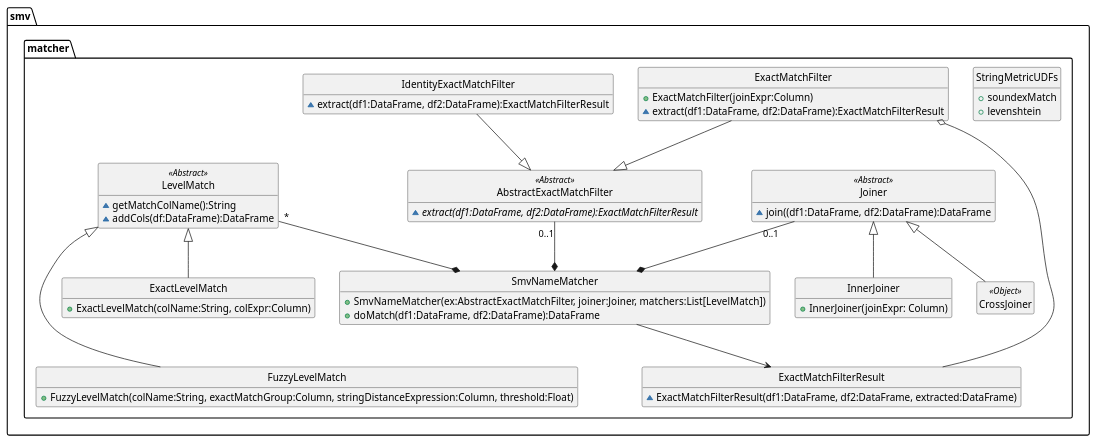
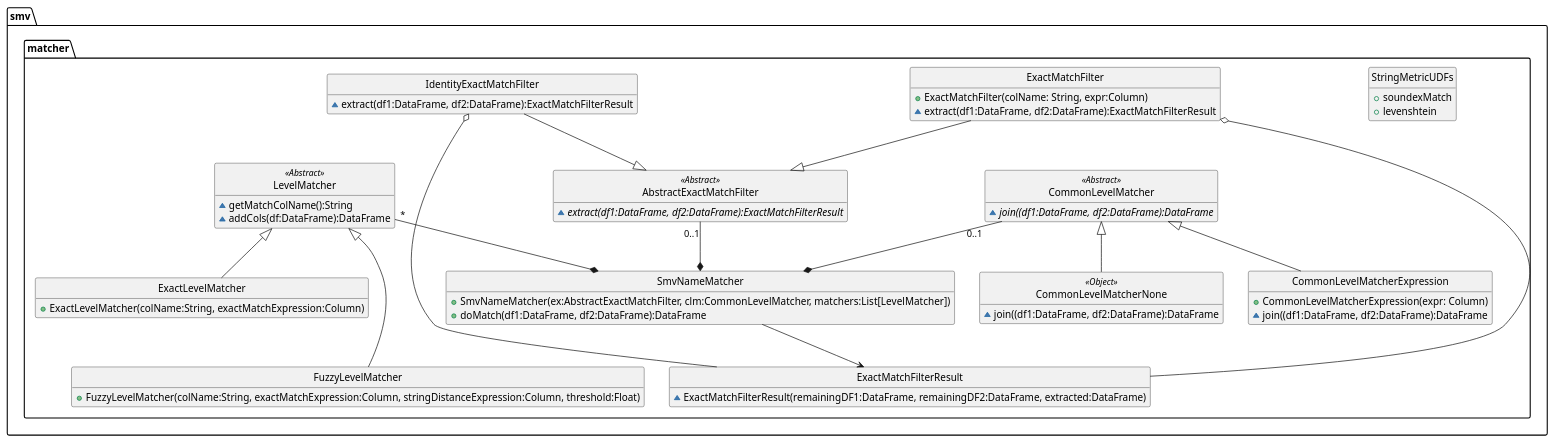
One commit to TresAmigosSD/SMV changed the diagram in docs/design/SmvNameMatcher/SmvNameMatcher.puml. Above: the diagram before and after it, drawn with PlantUML. The commit also changed 3 other files, not shown here.

```diff
--- a/docs/design/SmvNameMatcher/SmvNameMatcher.puml
+++ b/docs/design/SmvNameMatcher/SmvNameMatcher.puml
@@ -1,75 +1,78 @@
 @startuml
 hide empty methods
 hide empty fields
 hide circle
 
 package smv.matcher {
     class StringMetricUDFs {
         +soundexMatch
         +levenshtein
     }
 
     class SmvNameMatcher{
-        +SmvNameMatcher(ex:AbstractExactMatchFilter, joiner:Joiner, matchers:List[LevelMatch])
+        +SmvNameMatcher(ex:AbstractExactMatchFilter, clm:CommonLevelMatcher, matchers:List[LevelMatcher])
         +doMatch(df1:DataFrame, df2:DataFrame):DataFrame
     }
 
     class ExactMatchFilterResult {
-        ~ExactMatchFilterResult(df1:DataFrame, df2:DataFrame, extracted:DataFrame)
+        ~ExactMatchFilterResult(remainingDF1:DataFrame, remainingDF2:DataFrame, extracted:DataFrame)
     }
 
     class AbstractExactMatchFilter <<Abstract>> {
         ~ {abstract} extract(df1:DataFrame, df2:DataFrame):ExactMatchFilterResult
     }
 
     class ExactMatchFilter{
-        +ExactMatchFilter(joinExpr:Column)
+        +ExactMatchFilter(colName: String, expr:Column)
         ~extract(df1:DataFrame, df2:DataFrame):ExactMatchFilterResult
     }
 
     class IdentityExactMatchFilter {
         ~extract(df1:DataFrame, df2:DataFrame):ExactMatchFilterResult
     }
 
-    class Joiner <<Abstract>> {
+    class CommonLevelMatcher <<Abstract>> {
+        ~ {abstract} join((df1:DataFrame, df2:DataFrame):DataFrame
+    }
+
+    class CommonLevelMatcherExpression {
+        +CommonLevelMatcherExpression(expr: Column)
         ~join((df1:DataFrame, df2:DataFrame):DataFrame
     }
 
-    class InnerJoiner{
-        +InnerJoiner(joinExpr: Column)
+    class CommonLevelMatcherNone <<Object>> {
+        ~join((df1:DataFrame, df2:DataFrame):DataFrame
     }
 
-    class CrossJoiner <<Object>> {
-    }
-
-    class LevelMatch <<Abstract>> {
+    class LevelMatcher <<Abstract>> {
         ~getMatchColName():String
         ~addCols(df:DataFrame):DataFrame
     }
 
-    class ExactLevelMatch {
-        +ExactLevelMatch(colName:String, colExpr:Column)
+    class ExactLevelMatcher {
+        +ExactLevelMatcher(colName:String, exactMatchExpression:Column)
     }
 
-    class FuzzyLevelMatch {
-        +FuzzyLevelMatch(colName:String, exactMatchGroup:Column, stringDistanceExpression:Column, threshold:Float)
+    class FuzzyLevelMatcher {
+        +FuzzyLevelMatcher(colName:String, exactMatchExpression:Column, stringDistanceExpression:Column, threshold:Float)
     }
 }
 
 AbstractExactMatchFilter "0..1" --* SmvNameMatcher
-Joiner "0..1" --* SmvNameMatcher
-LevelMatch "*" --* SmvNameMatcher
+CommonLevelMatcher "0..1" --* SmvNameMatcher
+LevelMatcher "*" --* SmvNameMatcher
 
-LevelMatch <|-- ExactLevelMatch
-LevelMatch <|--- FuzzyLevelMatch
+LevelMatcher <|-- ExactLevelMatcher
+LevelMatcher <|--- FuzzyLevelMatcher
 
-Joiner <|-- InnerJoiner
-Joiner <|-- CrossJoiner
+CommonLevelMatcher <|-- CommonLevelMatcherExpression
+CommonLevelMatcher <|-- CommonLevelMatcherNone
 
 IdentityExactMatchFilter --|> AbstractExactMatchFilter
 ExactMatchFilter --|> AbstractExactMatchFilter
 
 ExactMatchFilter o-- ExactMatchFilterResult
+IdentityExactMatchFilter o-- ExactMatchFilterResult
 SmvNameMatcher --> ExactMatchFilterResult
 
 @enduml
```
